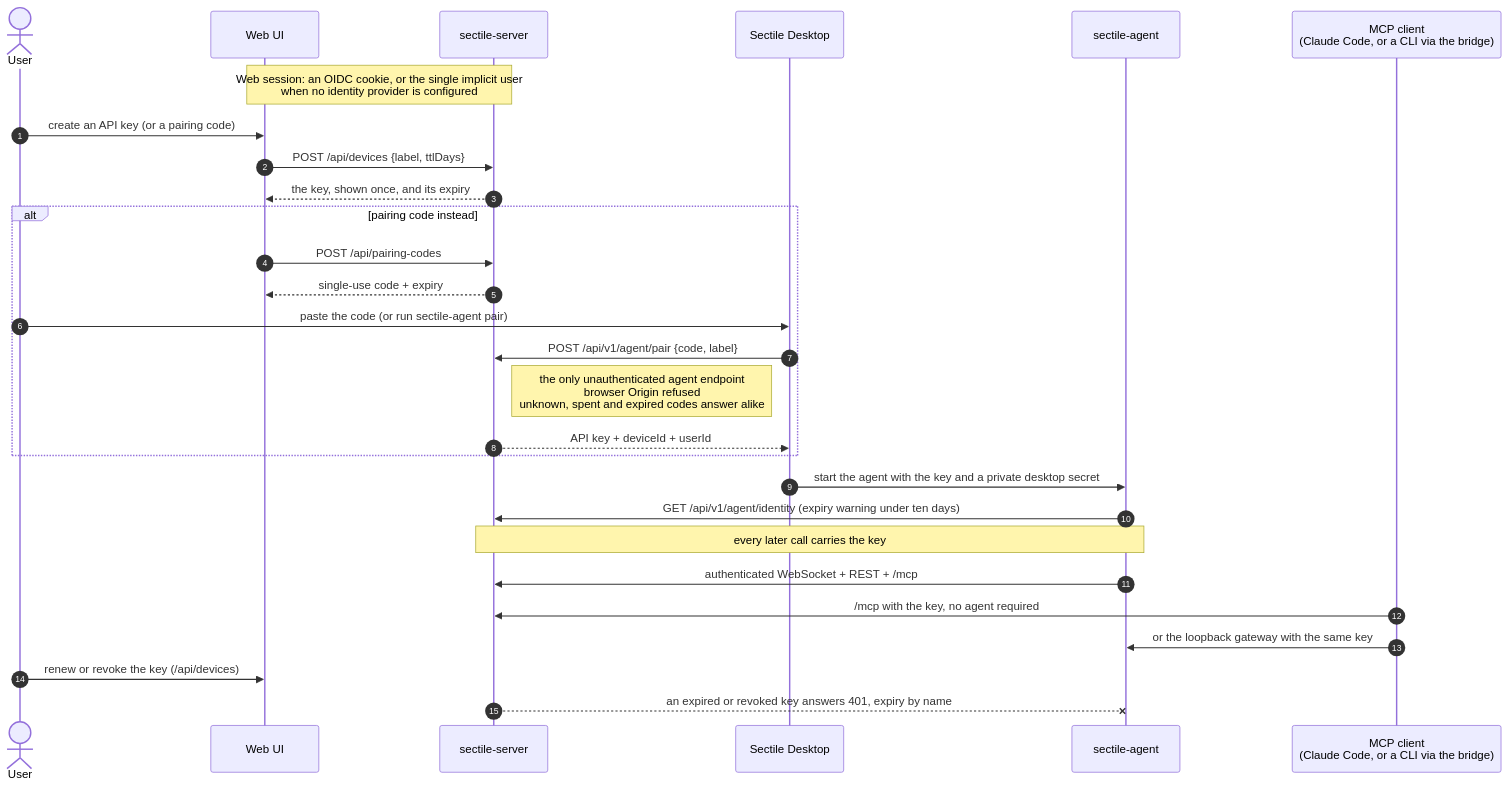
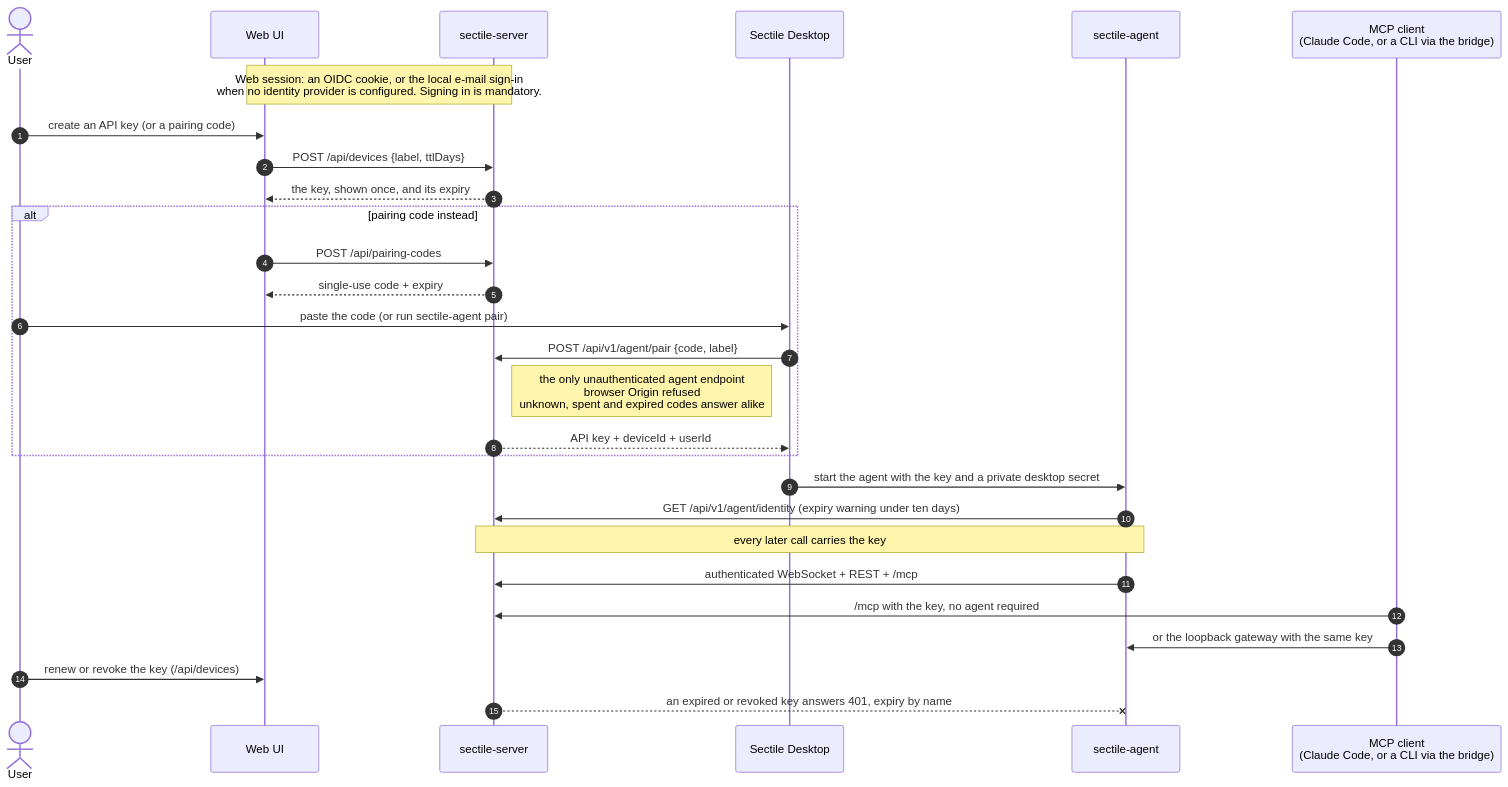
The third of 3 diagrams in docs/ARCHITECTURE.md (sebastienferry/sectile), drawn with Mermaid before and after one commit. The commit also changed 25 other files, not shown here.

````diff
--- a/docs/ARCHITECTURE.md
+++ b/docs/ARCHITECTURE.md
@@ -108,31 +108,31 @@
 ```mermaid
 sequenceDiagram
     autonumber
     actor U as User
     participant UI as Web UI
     participant S as sectile-server
     participant D as Sectile Desktop
     participant A as sectile-agent
     participant L as MCP client<br/>(Claude Code, or a CLI via the bridge)
 
-    Note over UI,S: Web session: an OIDC cookie, or the single implicit user<br/>when no identity provider is configured
+    Note over UI,S: Web session: an OIDC cookie, or the local e-mail sign-in<br/>when no identity provider is configured. Signing in is mandatory.
     U->>UI: create an API key (or a pairing code)
     UI->>S: POST /api/devices {label, ttlDays}
     S-->>UI: the key, shown once, and its expiry
     alt pairing code instead
         UI->>S: POST /api/pairing-codes
         S-->>UI: single-use code + expiry
         U->>D: paste the code (or run sectile-agent pair)
         D->>S: POST /api/v1/agent/pair {code, label}
         Note right of S: the only unauthenticated agent endpoint<br/>browser Origin refused<br/>unknown, spent and expired codes answer alike
         S-->>D: API key + deviceId + userId
     end
     D->>A: start the agent with the key and a private desktop secret
     A->>S: GET /api/v1/agent/identity (expiry warning under ten days)
     Note over A,S: every later call carries the key
     A->>S: authenticated WebSocket + REST + /mcp
     L->>S: /mcp with the key, no agent required
     L->>A: or the loopback gateway with the same key
     U->>UI: renew or revoke the key (/api/devices)
     S--xA: an expired or revoked key answers 401, expiry by name
 ```
````
